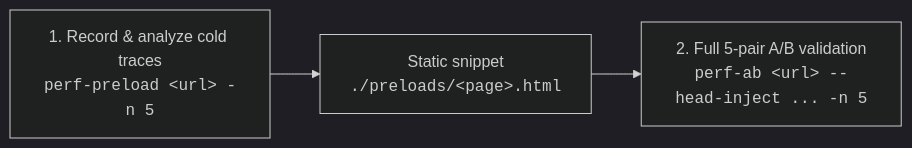
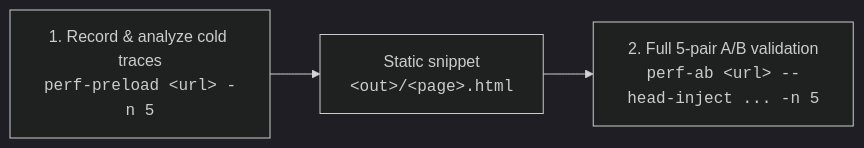
Before and after one commit to adobecom/perf-tools: the first of 2 diagrams in README.md, drawn with Mermaid (dark theme). The commit also changed other lines of this file and 4 other files, not shown here.

````diff
--- a/README.md
+++ b/README.md
@@ -189,5 +189,5 @@
 ```mermaid
 flowchart LR
-  A["1. Record & analyze cold traces<br/><code>perf-preload &lt;url&gt; -n 5</code>"] --> B["Static snippet<br/><code>./preloads/&lt;page&gt;.html</code>"]
+  A["1. Record & analyze cold traces<br/><code>perf-preload &lt;url&gt; -n 5</code>"] --> B["Static snippet<br/><code>&lt;out&gt;/&lt;page&gt;.html</code>"]
   B --> C["2. Full 5-pair A/B validation<br/><code>perf-ab &lt;url&gt; --head-inject ... -n 5</code>"]
 ```
````
